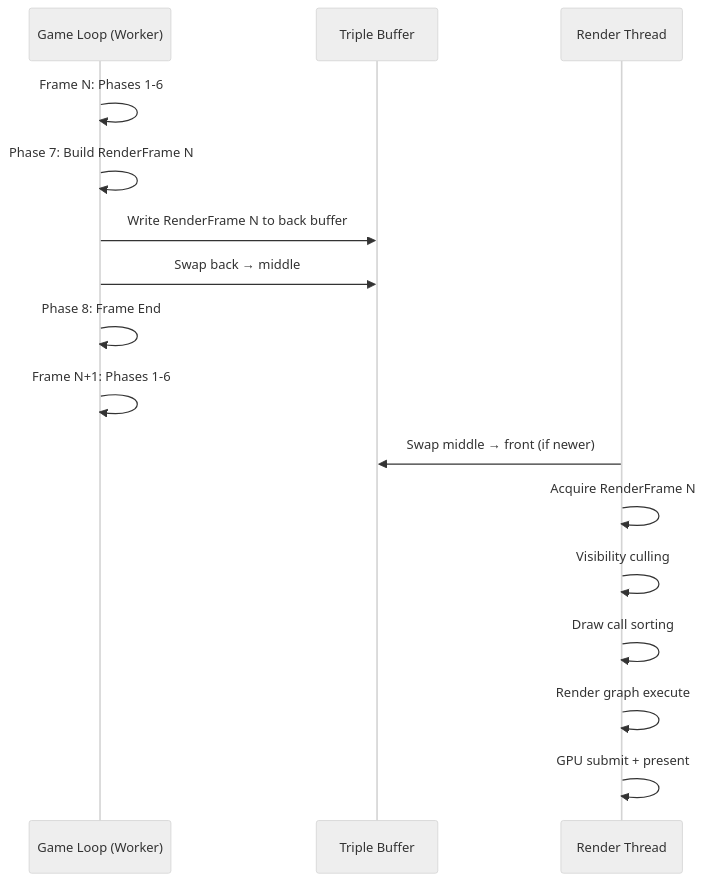
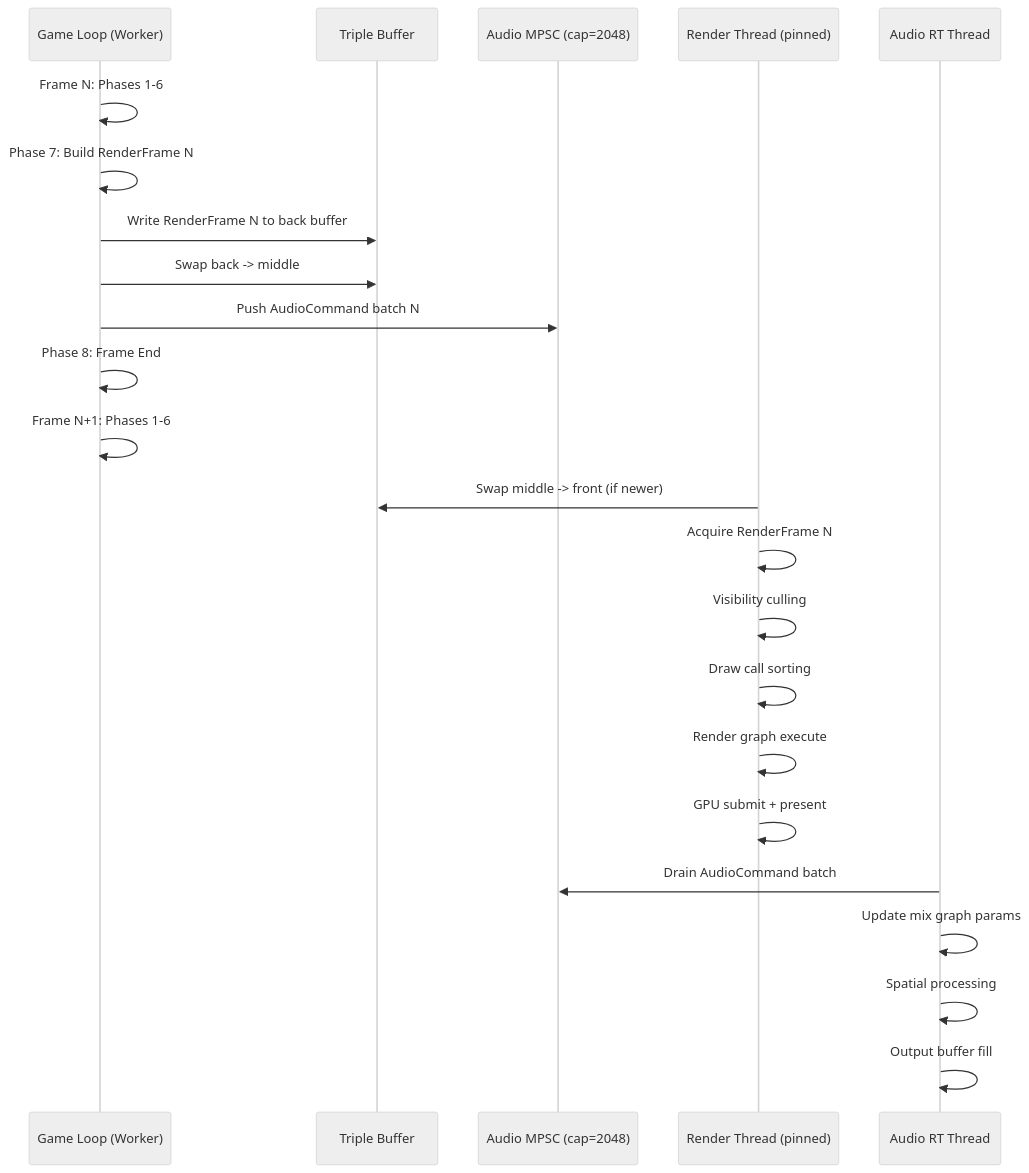
The third of 5 diagrams in docs/design/integration/high-level.md (harmonius-dev/harmonius), drawn with Mermaid (neutral theme) before and after one commit. The commit also changed other lines of this file and 109 other files, not shown here.

````diff
--- a/docs/design/integration/high-level.md
+++ b/docs/design/integration/high-level.md
@@ -329,20 +384,28 @@
 ```mermaid
 sequenceDiagram
     participant GL as Game Loop (Worker)
     participant TB as Triple Buffer
-    participant RT as Render Thread
+    participant AQ as Audio MPSC (cap=2048)
+    participant RT as Render Thread (pinned)
+    participant AT as Audio RT Thread
 
     GL->>GL: Frame N: Phases 1-6
     GL->>GL: Phase 7: Build RenderFrame N
     GL->>TB: Write RenderFrame N to back buffer
-    GL->>TB: Swap back → middle
+    GL->>TB: Swap back -> middle
+    GL->>AQ: Push AudioCommand batch N
     GL->>GL: Phase 8: Frame End
     GL->>GL: Frame N+1: Phases 1-6
 
-    RT->>TB: Swap middle → front (if newer)
+    RT->>TB: Swap middle -> front (if newer)
     RT->>RT: Acquire RenderFrame N
     RT->>RT: Visibility culling
     RT->>RT: Draw call sorting
     RT->>RT: Render graph execute
     RT->>RT: GPU submit + present
+
+    AT->>AQ: Drain AudioCommand batch
+    AT->>AT: Update mix graph params
+    AT->>AT: Spatial processing
+    AT->>AT: Output buffer fill
 ```
````
